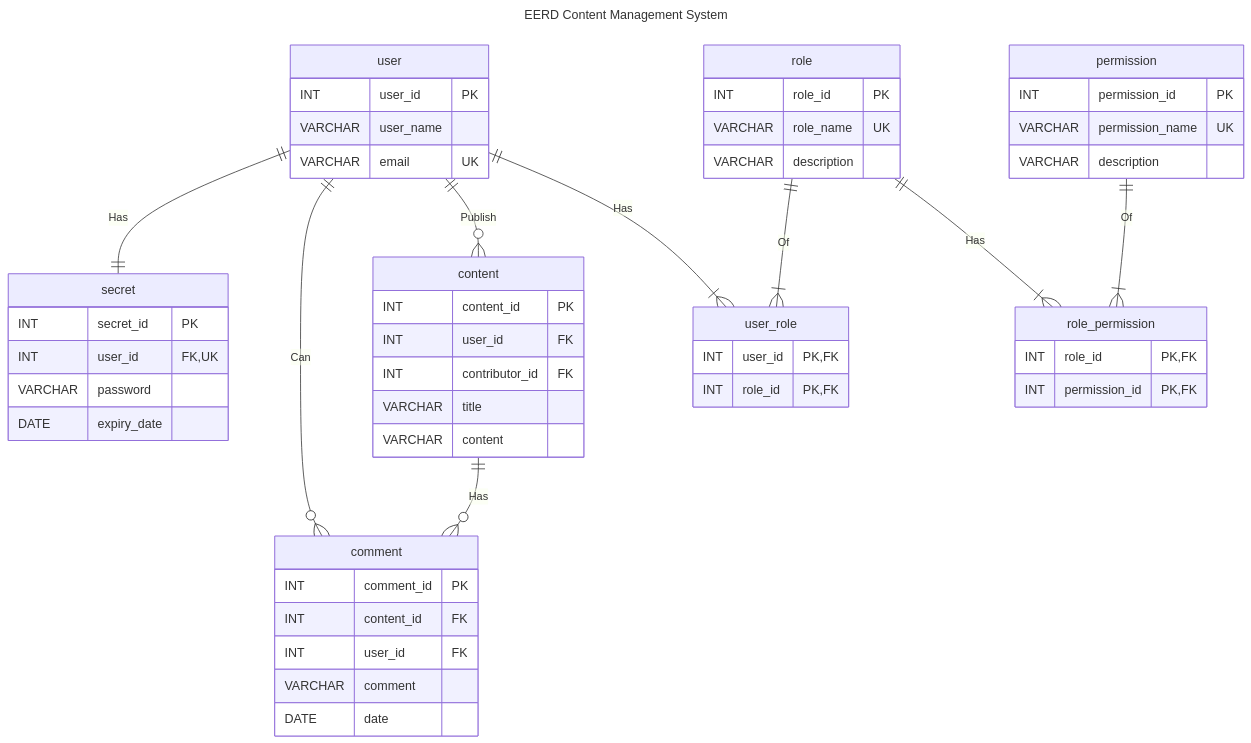
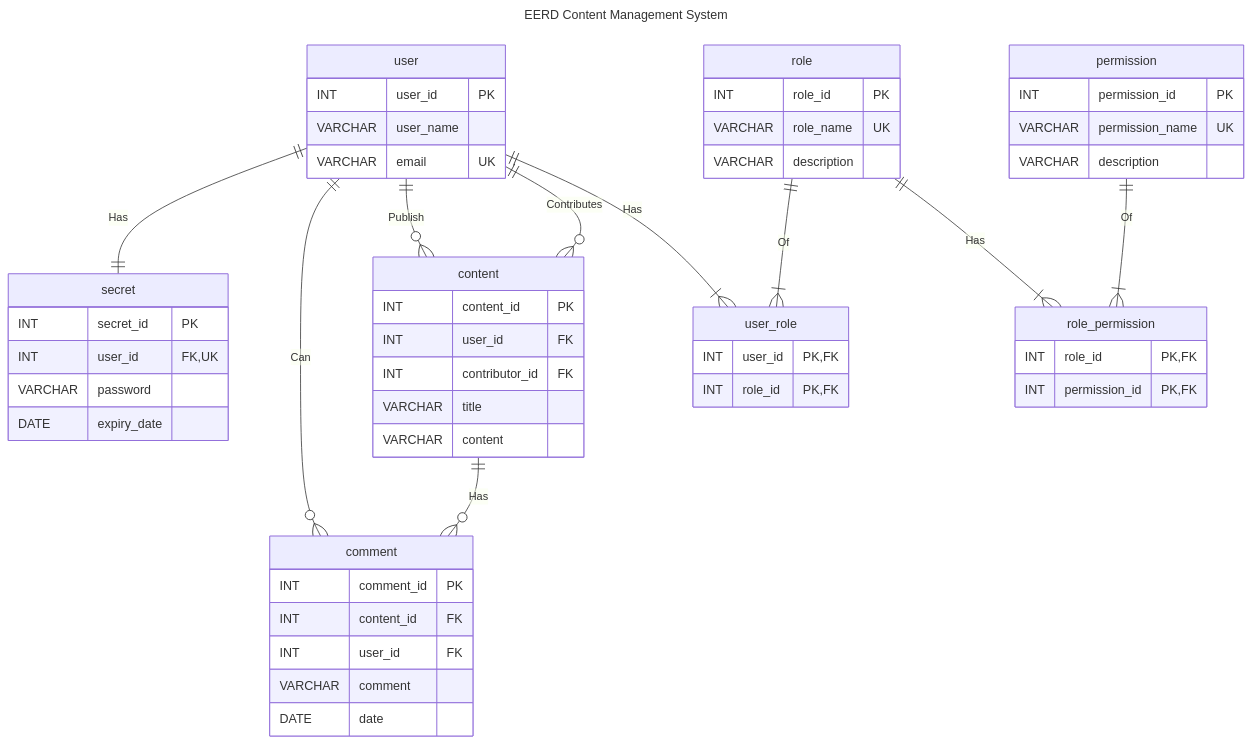
One commit to GodWin1100/Blogs changed the diagram in 02-ORM_Bridging Code and DBMS/README.md. Above: the diagram before and after it, drawn with Mermaid. The commit also changed 1 other file, not shown here.

Commit message:
fix(02): EERD updated

````diff
--- a/02-ORM_Bridging Code and DBMS/README.md
+++ b/02-ORM_Bridging Code and DBMS/README.md
@@ -146,74 +146,75 @@
 ```mermaid
 ---
 title: EERD Content Management System
 ---
 erDiagram
 
   user ||--|| secret : "Has"
   user ||--o{ comment : "Can"
   user ||--o{ content : "Publish"
+  user ||--o{ content : "Contributes"
   user ||--|{ user_role : "Has"
   role ||--|{ user_role : "Of"
   role ||--|{ role_permission : "Has"
   permission ||--|{ role_permission : "Of"
   content ||--o{ comment : "Has"
 
   user {
     INT user_id PK
     VARCHAR user_name
     VARCHAR email UK
   }
 
 
   secret {
     INT secret_id PK
     INT user_id FK, UK
     VARCHAR password
     DATE expiry_date
   }
 
 
   role {
     INT role_id PK
     VARCHAR role_name UK
     VARCHAR description
   }
 
 
   user_role {
     INT user_id PK, FK
     INT role_id PK, FK
   }
 
 
   permission {
     INT permission_id PK
     VARCHAR permission_name UK
     VARCHAR description
   }
 
 
   role_permission {
     INT role_id PK, FK
     INT permission_id PK, FK
   }
 
 
   content {
     INT content_id PK
     INT user_id FK
     INT contributor_id FK
     VARCHAR title
     VARCHAR content
   }
 
 
   comment {
     INT comment_id PK
     INT content_id FK
     INT user_id FK
     VARCHAR comment
     DATE date
   }
 
 ```
````
